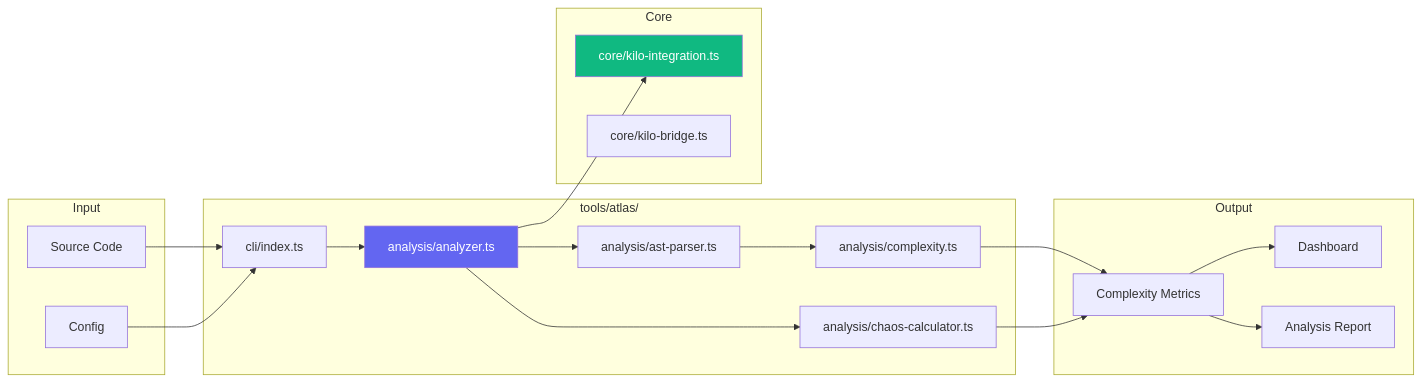
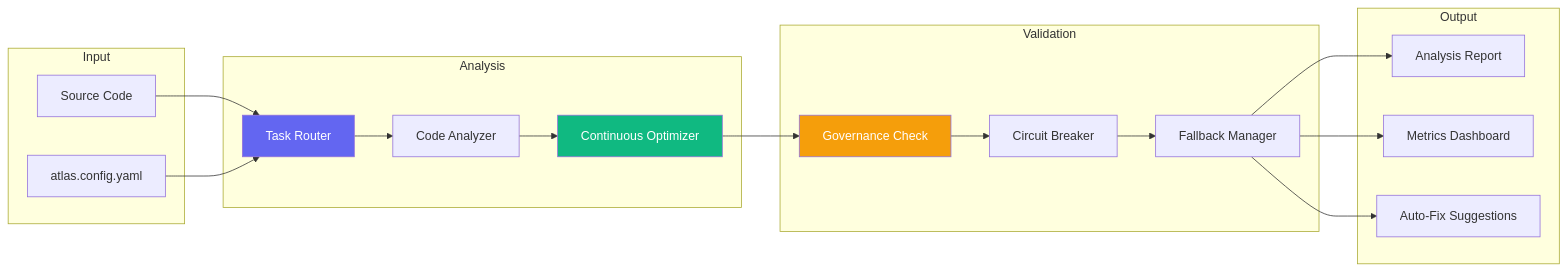
One commit to alaweimm90/alaweimm90 changed the fourth of 5 diagrams in docs/CODEMAP.md. Above: the diagram before and after it, drawn with Mermaid. The commit also changed other lines of this file and 148 other files, not shown here.

````diff
--- a/docs/CODEMAP.md
+++ b/docs/CODEMAP.md
@@ -175,39 +150,42 @@
 ```mermaid
 flowchart LR
     subgraph Input["Input"]
-        code[Source Code]
-        config[Config]
+        Source[Source Code]
+        Config[atlas.config.yaml]
     end
 
-    subgraph Analysis["tools/atlas/"]
-        cli[cli/index.ts]
-        analyzer[analysis/analyzer.ts]
-        ast[analysis/ast-parser.ts]
-        complexity[analysis/complexity.ts]
-        chaos[analysis/chaos-calculator.ts]
+    subgraph Analysis["Analysis"]
+        Router[Task Router]
+        Analyzer[Code Analyzer]
+        Optimizer[Continuous Optimizer]
     end
 
-    subgraph Core["Core"]
-        kilo[core/kilo-integration.ts]
-        bridge[core/kilo-bridge.ts]
+    subgraph Validation["Validation"]
+        Governance[Governance Check]
+        CircuitBreaker[Circuit Breaker]
+        Fallback[Fallback Manager]
     end
 
     subgraph Output["Output"]
-        metrics[Complexity Metrics]
-        dashboard[Dashboard]
-        report[Analysis Report]
+        Report[Analysis Report]
+        Dashboard[Metrics Dashboard]
+        Fix[Auto-Fix Suggestions]
     end
 
-    code --> cli --> analyzer
-    config --> cli
+    Source --> Router
+    Config --> Router
+    Router --> Analyzer
+    Analyzer --> Optimizer
 
-    analyzer --> ast --> complexity --> metrics
-    analyzer --> chaos --> metrics
-    analyzer --> kilo
+    Optimizer --> Governance
+    Governance --> CircuitBreaker
+    CircuitBreaker --> Fallback
 
-    metrics --> dashboard
-    metrics --> report
+    Fallback --> Report
+    Fallback --> Dashboard
+    Fallback --> Fix
 
-    style analyzer fill:#6366F1,color:#fff
-    style kilo fill:#10B981,color:#fff
+    style Router fill:#6366F1,color:#fff
+    style Optimizer fill:#10B981,color:#fff
+    style Governance fill:#F59E0B,color:#fff
 ```
````
